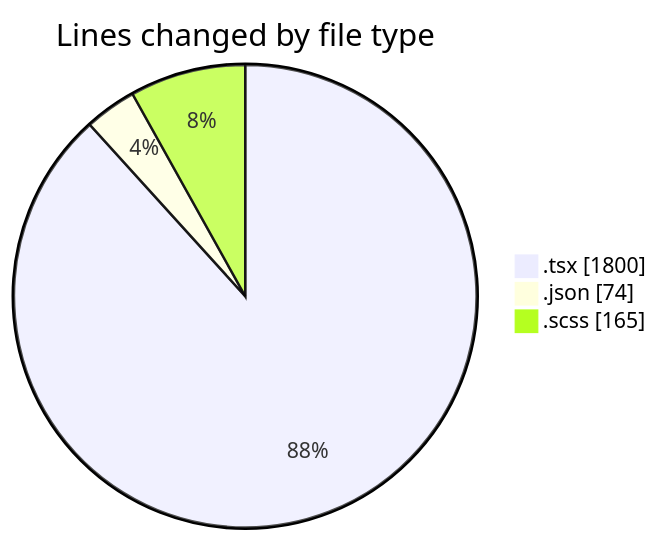
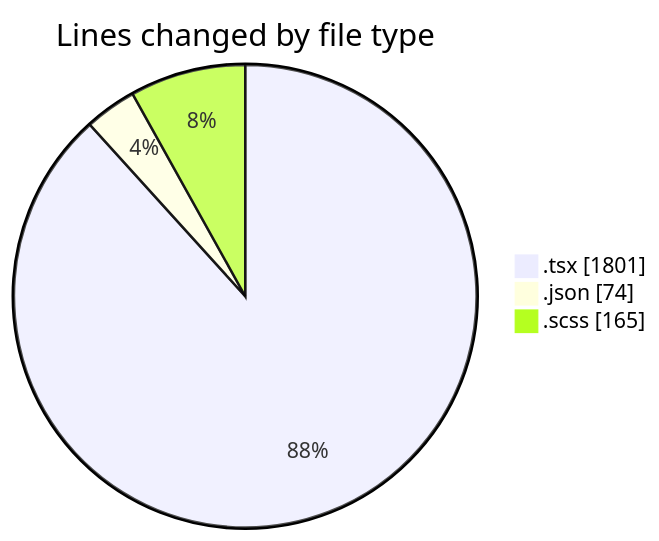
The first of 2 diagrams in 2025-04-08/cda/README.md (momahboobian/code-tracking), drawn with Mermaid before and after one commit. The commit also changed other lines of this file and 1 other file, not shown here.

````diff
--- a/2025-04-08/cda/README.md
+++ b/2025-04-08/cda/README.md
@@ -24,7 +24,7 @@
 ```mermaid
 pie showData
 title Lines changed by file type
-".tsx" : 1800
+".tsx" : 1801
 ".json" : 74
 ".scss" : 165
 ```
````
